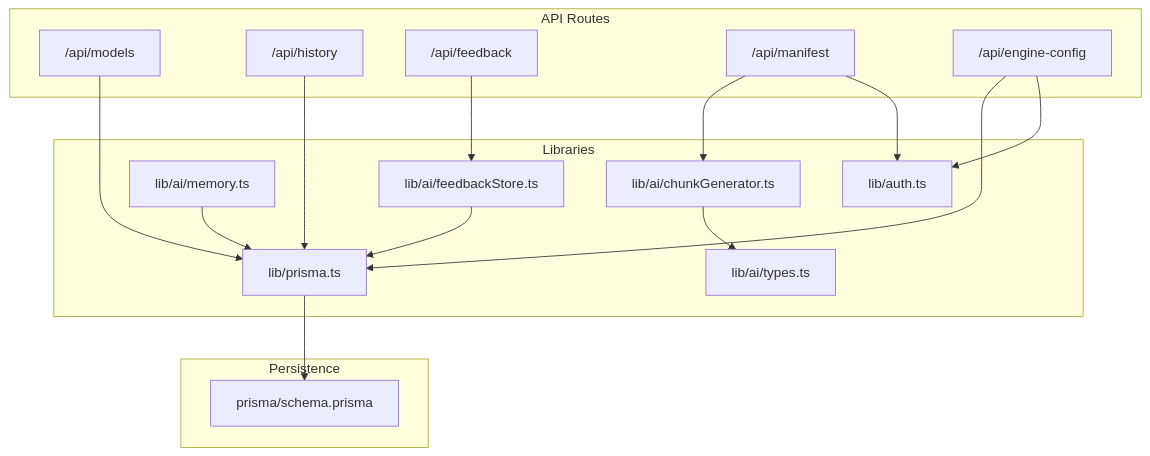
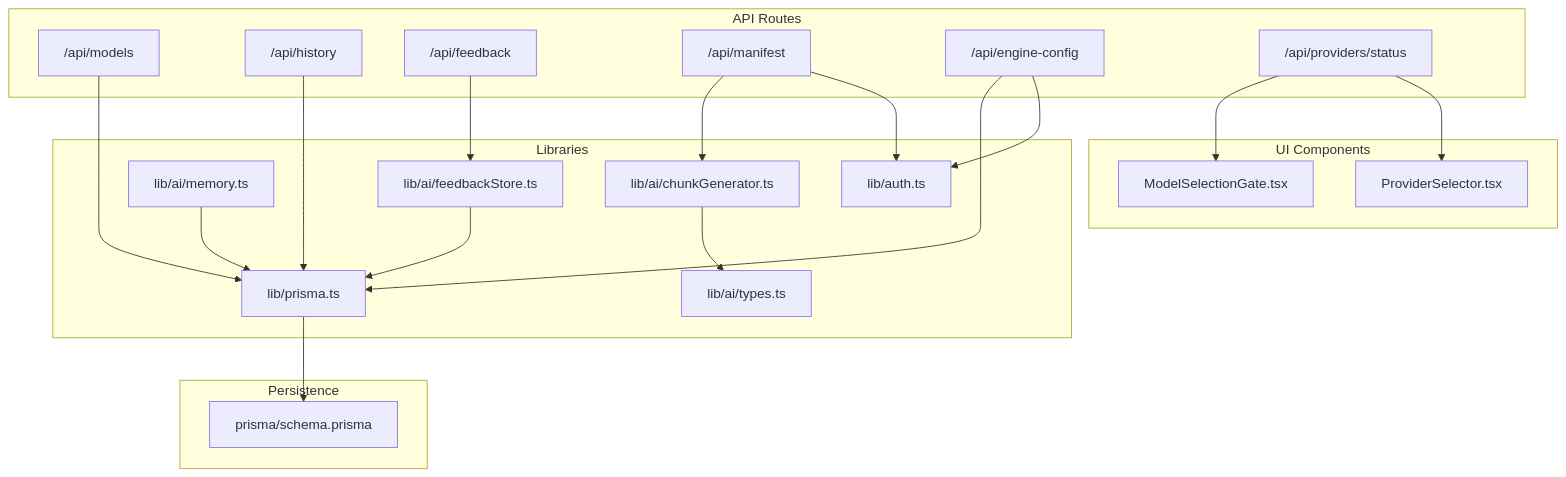
Before and after one commit to shekhargiri005-dotcom/AI-powered-accessibility-first-UI-engine: the first of 9 diagrams in .qoder/repowiki/en/content/API Reference/Utility APIs.md, drawn with Mermaid. The commit also changed other lines of this file and 10 other files, not shown here.

````diff
--- a/.qoder/repowiki/en/content/API Reference/Utility APIs.md
+++ b/.qoder/repowiki/en/content/API Reference/Utility APIs.md
@@ -36,32 +46,39 @@
 ```mermaid
 graph TB
 subgraph "API Routes"
 M["/api/models"]
 H["/api/history"]
 F["/api/feedback"]
 X["/api/manifest"]
 EC["/api/engine-config"]
+PS["/api/providers/status"]
 end
 subgraph "Libraries"
 PR["lib/prisma.ts"]
 AU["lib/auth.ts"]
 ME["lib/ai/memory.ts"]
 FS["lib/ai/feedbackStore.ts"]
 CG["lib/ai/chunkGenerator.ts"]
 TY["lib/ai/types.ts"]
 end
 subgraph "Persistence"
 SC["prisma/schema.prisma"]
 end
+subgraph "UI Components"
+MSG["ModelSelectionGate.tsx"]
+PSel["ProviderSelector.tsx"]
+end
 M --> PR
 H --> PR
 F --> FS
 X --> CG
 X --> AU
 EC --> PR
 EC --> AU
+PS --> MSG
+PS --> PSel
 CG --> TY
 ME --> PR
 FS --> PR
 PR --> SC
 ```
````
